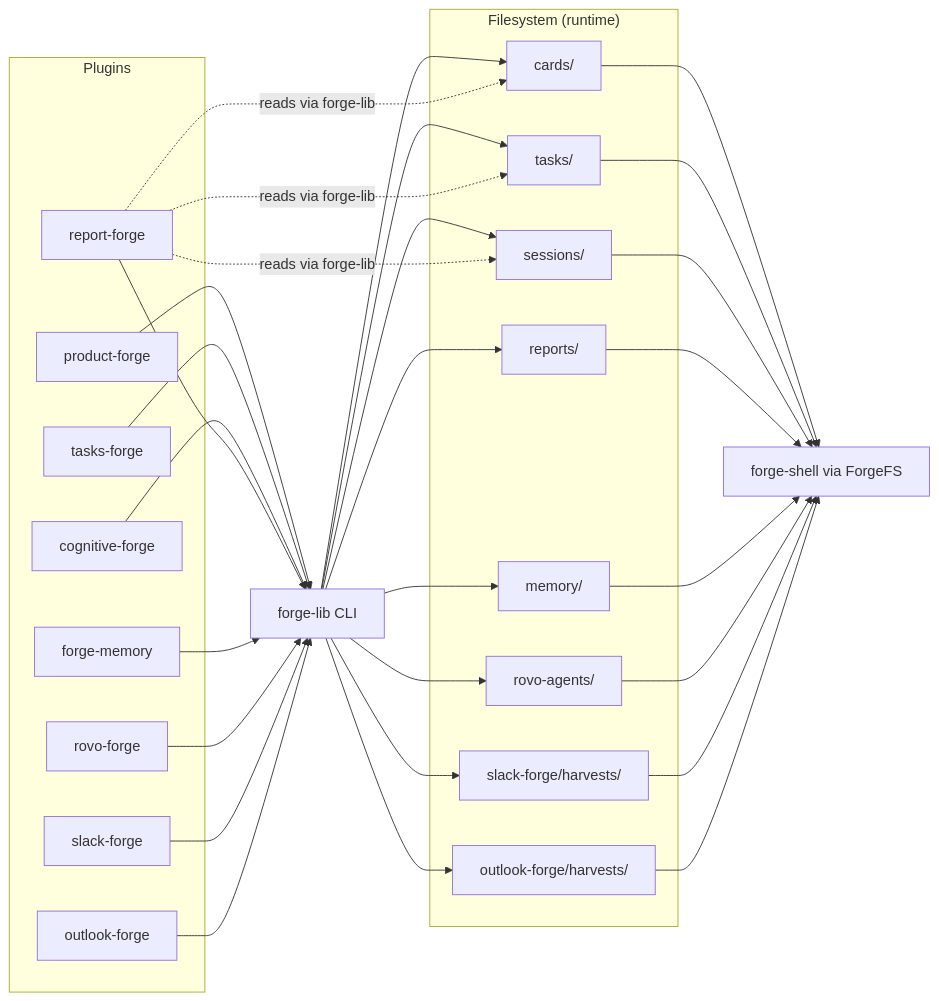
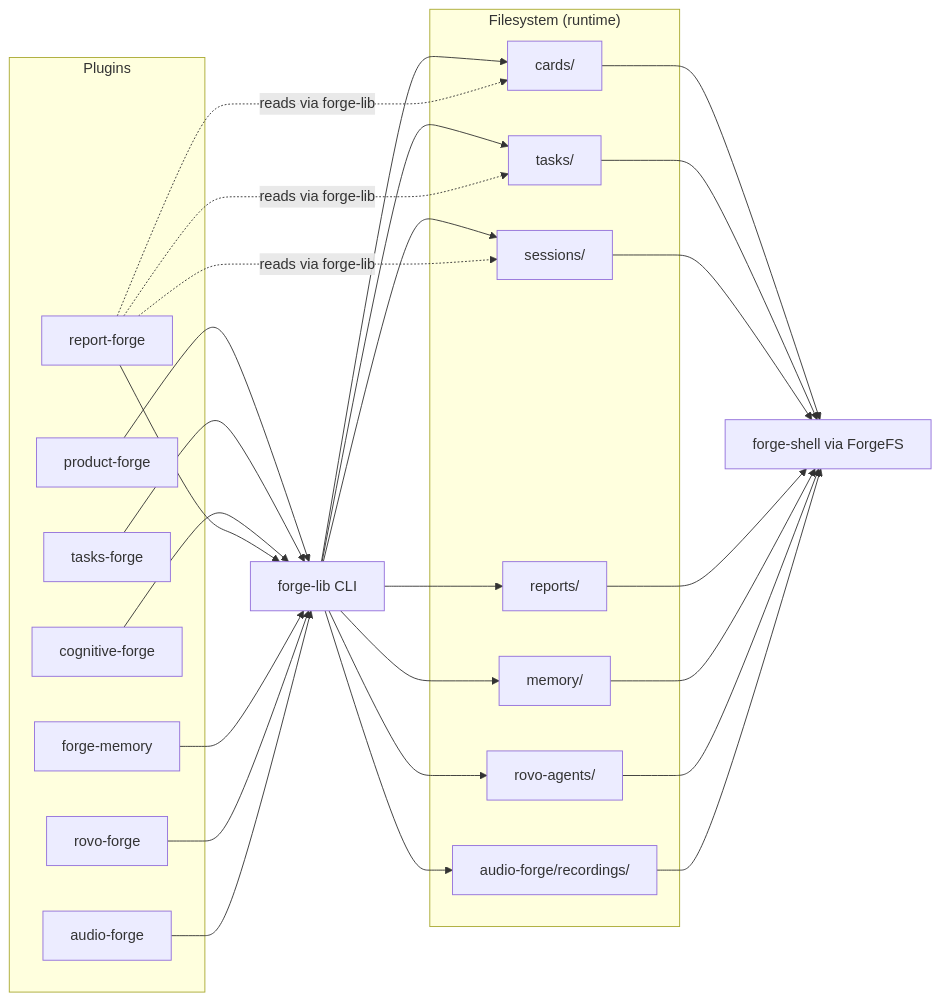
The diagram in docs/DATA_FLOW.md (jeremybrice/the-forge), drawn with Mermaid before and after one commit. The commit also changed other lines of this file and 108 other files, not shown here.

First line of the commit message:
chore: hard-delete slack-forge and outlook-forge

````diff
--- a/docs/DATA_FLOW.md
+++ b/docs/DATA_FLOW.md
@@ -20,33 +19,31 @@
 ```mermaid
 flowchart LR
     subgraph Plugins
         PF[product-forge]
         TF[tasks-forge]
         CF[cognitive-forge]
         RF[report-forge]
         FM[forge-memory]
         RV[rovo-forge]
-        SF[slack-forge]
-        OF[outlook-forge]
+        AF[audio-forge]
     end
 
     FL[forge-lib CLI]
 
     subgraph Data["Filesystem (runtime)"]
         cards[cards/]
         tasks[tasks/]
         sessions[sessions/]
         reports[reports/]
         memory[memory/]
         rovo[rovo-agents/]
-        slack[slack-forge/harvests/]
-        outlook[outlook-forge/harvests/]
+        audio[audio-forge/recordings/]
     end
 
     FS[forge-shell via ForgeFS]
 
-    PF & TF & CF & RF & FM & RV & SF & OF --> FL
-    FL --> cards & tasks & sessions & reports & memory & rovo & slack & outlook
-    cards & tasks & sessions & reports & memory & rovo & slack & outlook --> FS
+    PF & TF & CF & RF & FM & RV & AF --> FL
+    FL --> cards & tasks & sessions & reports & memory & rovo & audio
+    cards & tasks & sessions & reports & memory & rovo & audio --> FS
     RF -.->|reads via forge-lib| cards & tasks & sessions
 ```
````
